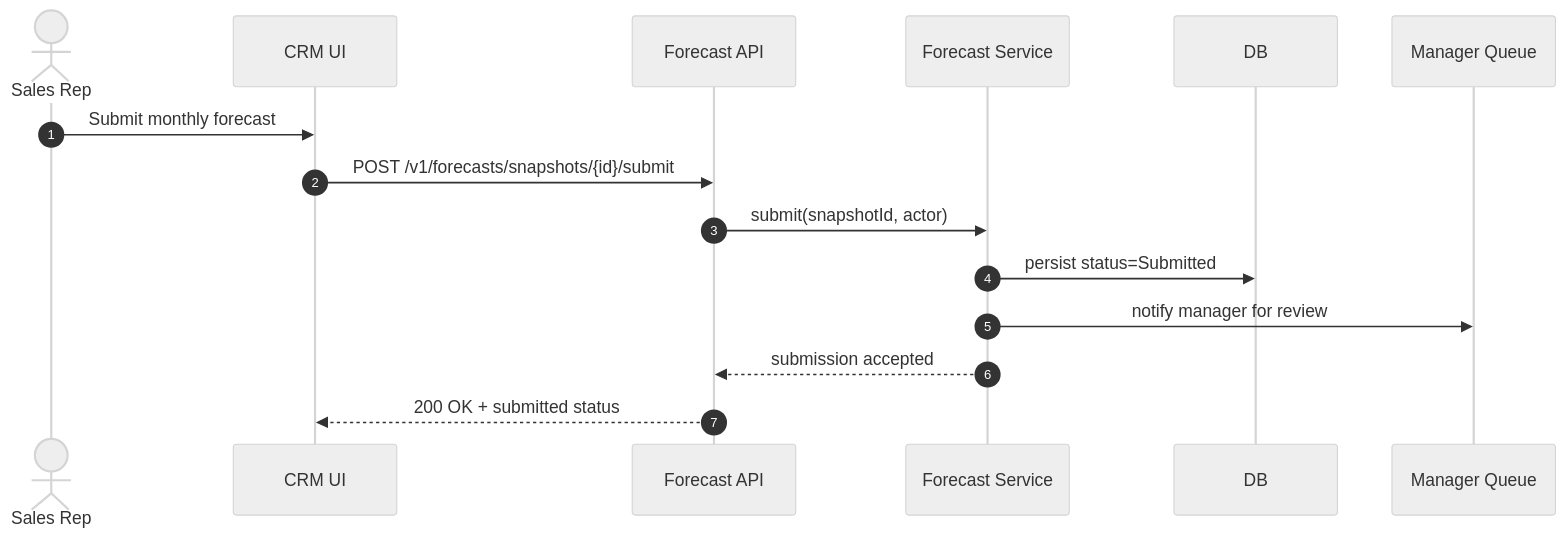
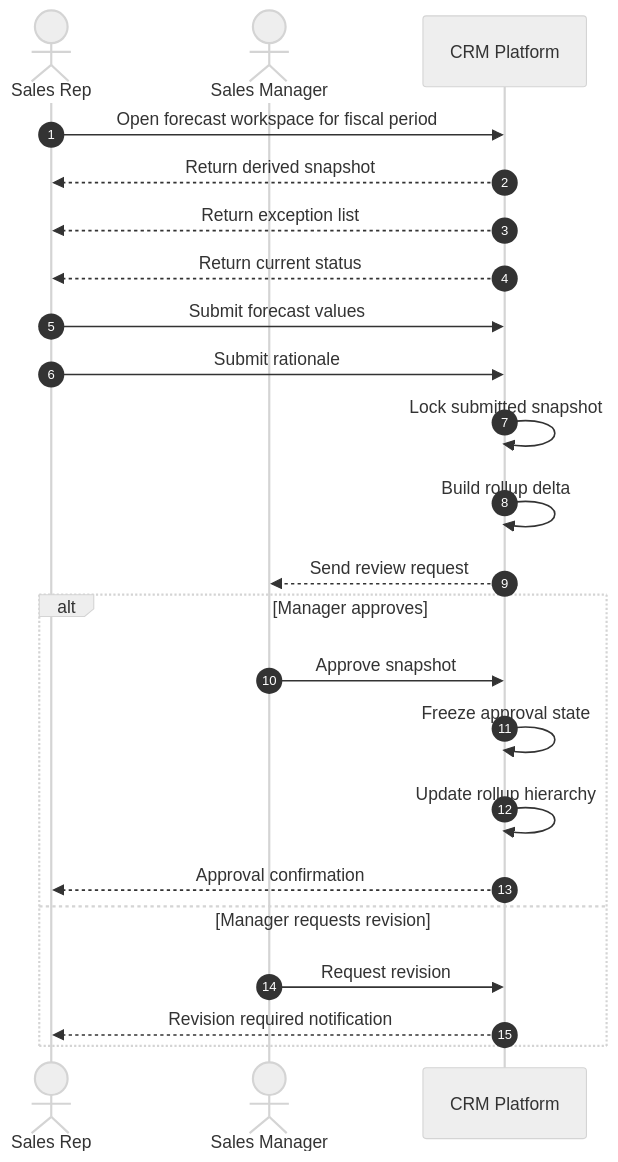
Before and after one commit to 0Ankit0/Project-Ideas: the third of 5 diagrams in Customer Relationship Management Platform/high-level-design/system-sequence-diagrams.md, drawn with Mermaid (neutral theme). The commit also changed other lines of this file and 17 other files, not shown here.

````diff
--- a/Customer Relationship Management Platform/high-level-design/system-sequence-diagrams.md
+++ b/Customer Relationship Management Platform/high-level-design/system-sequence-diagrams.md
@@ -4,18 +65,26 @@
 ```mermaid
 sequenceDiagram
     autonumber
     actor Rep as Sales Rep
-    participant UI as CRM UI
-    participant API as Forecast API
-    participant Svc as Forecast Service
-    participant DB as DB
-    participant Mgr as Manager Queue
+    actor Manager as Sales Manager
+    participant CRM as CRM Platform
 
-    Rep->>UI: Submit monthly forecast
-    UI->>API: POST /v1/forecasts/snapshots/{id}/submit
-    API->>Svc: submit(snapshotId, actor)
-    Svc->>DB: persist status=Submitted
-    Svc->>Mgr: notify manager for review
-    Svc-->>API: submission accepted
-    API-->>UI: 200 OK + submitted status
+    Rep->>CRM: Open forecast workspace for fiscal period
+    CRM-->>Rep: Return derived snapshot
+    CRM-->>Rep: Return exception list
+    CRM-->>Rep: Return current status
+    Rep->>CRM: Submit forecast values
+    Rep->>CRM: Submit rationale
+    CRM->>CRM: Lock submitted snapshot
+    CRM->>CRM: Build rollup delta
+    CRM-->>Manager: Send review request
+    alt Manager approves
+        Manager->>CRM: Approve snapshot
+        CRM->>CRM: Freeze approval state
+        CRM->>CRM: Update rollup hierarchy
+        CRM-->>Rep: Approval confirmation
+    else Manager requests revision
+        Manager->>CRM: Request revision
+        CRM-->>Rep: Revision required notification
+    end
 ```
````
